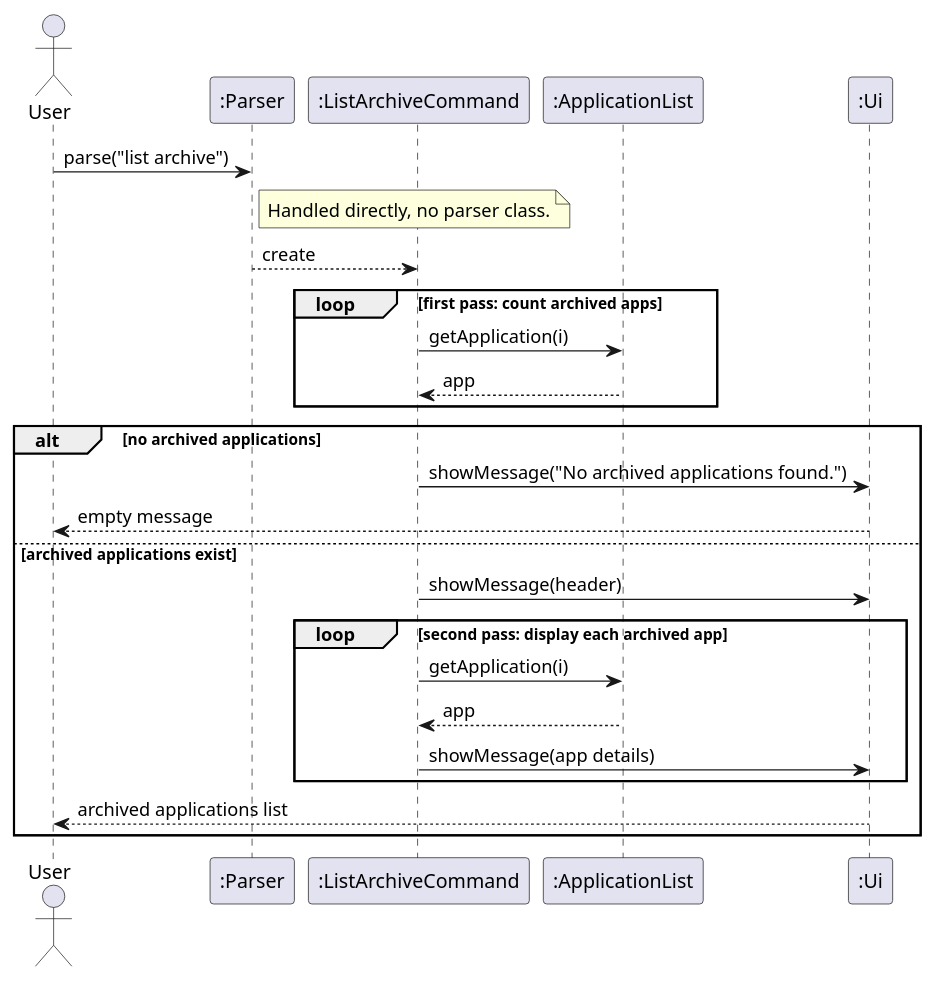
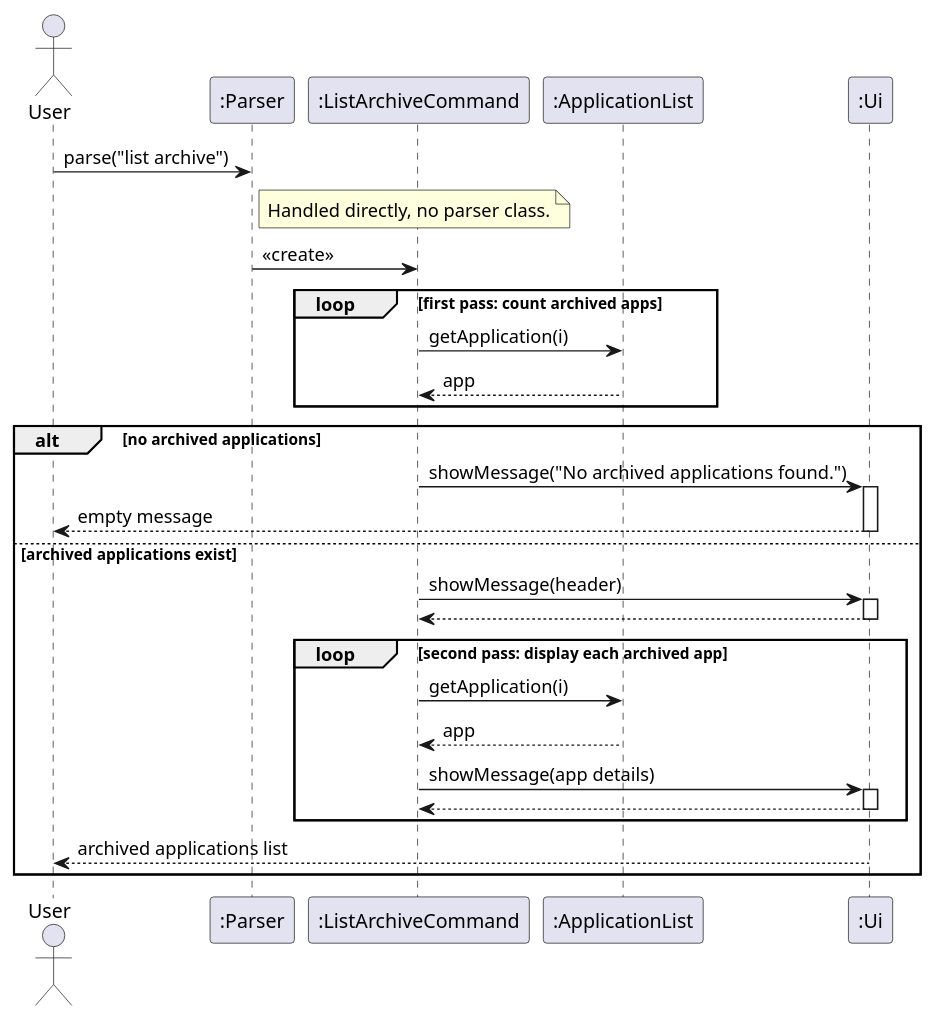
One commit to eugenia-cnl-lee/tp changed the diagram in docs/diagrams/AaravListArchiveCommandSequence.puml. Above: the diagram before and after it, drawn with PlantUML. The commit also changed 14 other files, not shown here.

```diff
--- a/docs/diagrams/AaravListArchiveCommandSequence.puml
+++ b/docs/diagrams/AaravListArchiveCommandSequence.puml
@@ -1,29 +1,37 @@
 @startuml
 actor User
 participant ":Parser" as P
 participant ":ListArchiveCommand" as LAC
 participant ":ApplicationList" as AL
 participant ":Ui" as UI
 
 User -> P : parse("list archive")
 note right of P : Handled directly, no parser class.
-P --> LAC : create
+P -> LAC : <<create>>
 
 loop first pass: count archived apps
     LAC -> AL : getApplication(i)
     AL --> LAC : app
 end
 
 alt no archived applications
     LAC -> UI : showMessage("No archived applications found.")
+    activate UI
     UI --> User : empty message
+    deactivate UI
 else archived applications exist
     LAC -> UI : showMessage(header)
+    activate UI
+    UI --> LAC
+    deactivate UI
     loop second pass: display each archived app
         LAC -> AL : getApplication(i)
         AL --> LAC : app
         LAC -> UI : showMessage(app details)
+        activate UI
+        UI --> LAC
+        deactivate UI
     end
     UI --> User : archived applications list
 end
 @enduml
```
